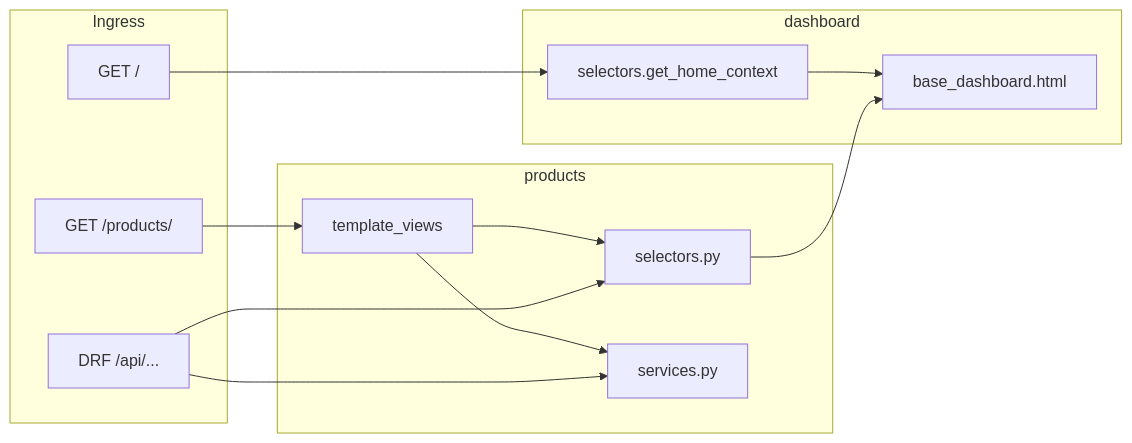
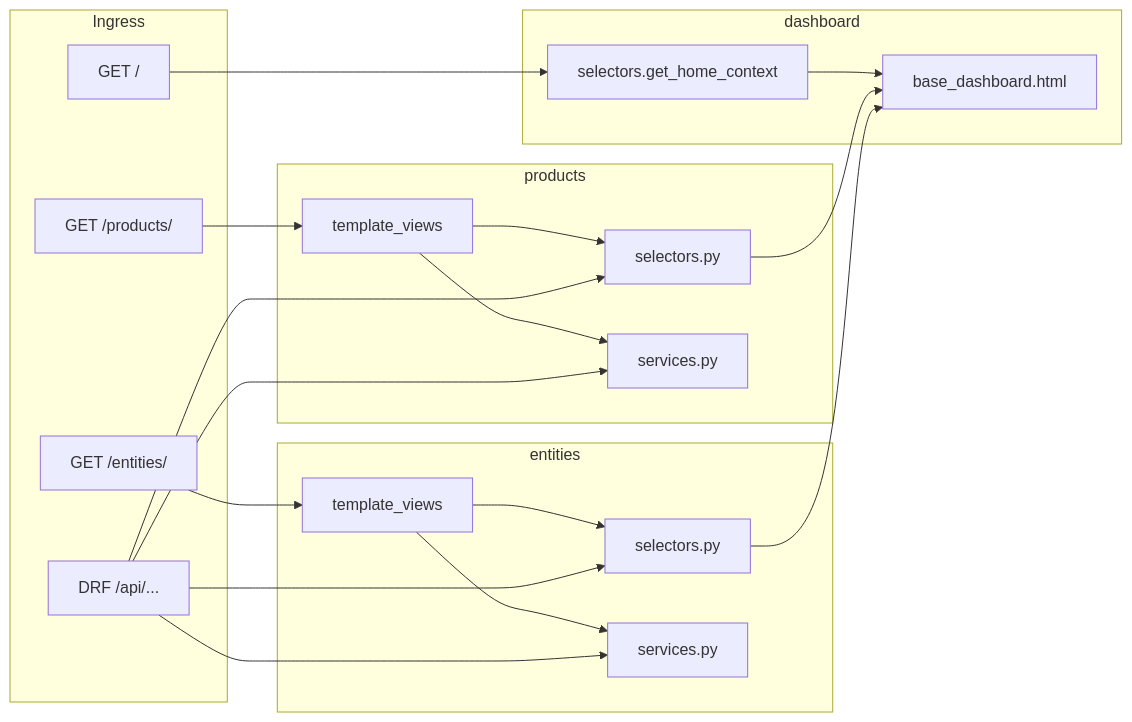
One commit to josedante/BackboneOS changed the diagram in docs/consolidation/FRONTEND_CONSOLIDATION.md. Above: the diagram before and after it, drawn with Mermaid. The commit also changed other lines of this file and 20 other files, not shown here.

````diff
--- a/docs/consolidation/FRONTEND_CONSOLIDATION.md
+++ b/docs/consolidation/FRONTEND_CONSOLIDATION.md
@@ -215,22 +355,32 @@
 ```mermaid
 flowchart LR
   subgraph ingress [Ingress]
     Home["GET /"]
     ProductsUI["GET /products/"]
+    EntitiesUI["GET /entities/"]
     API["DRF /api/..."]
   end
   subgraph dashboard_app [dashboard]
     SelD["selectors.get_home_context"]
     Base["base_dashboard.html"]
   end
   subgraph products_app [products]
-    TV["template_views"]
+    TVP["template_views"]
     SelP["selectors.py"]
-    Svc["services.py"]
+    SvcP["services.py"]
+  end
+  subgraph entities_app [entities]
+    TVE["template_views"]
+    SelE["selectors.py"]
+    SvcE["services.py"]
   end
   Home --> SelD --> Base
-  ProductsUI --> TV --> SelP --> Base
-  TV --> Svc
+  ProductsUI --> TVP --> SelP --> Base
+  EntitiesUI --> TVE --> SelE --> Base
+  TVP --> SvcP
+  TVE --> SvcE
   API --> SelP
-  API --> Svc
+  API --> SvcP
+  API --> SelE
+  API --> SvcE
 ```
````
